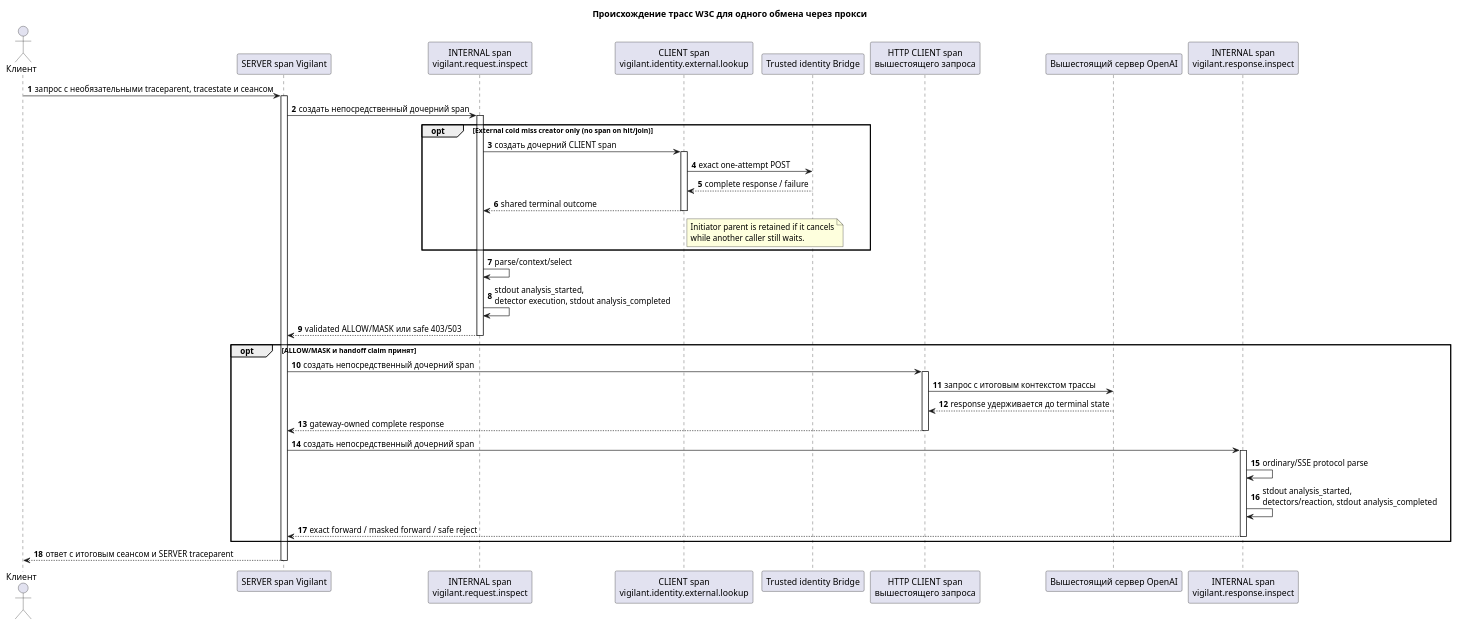
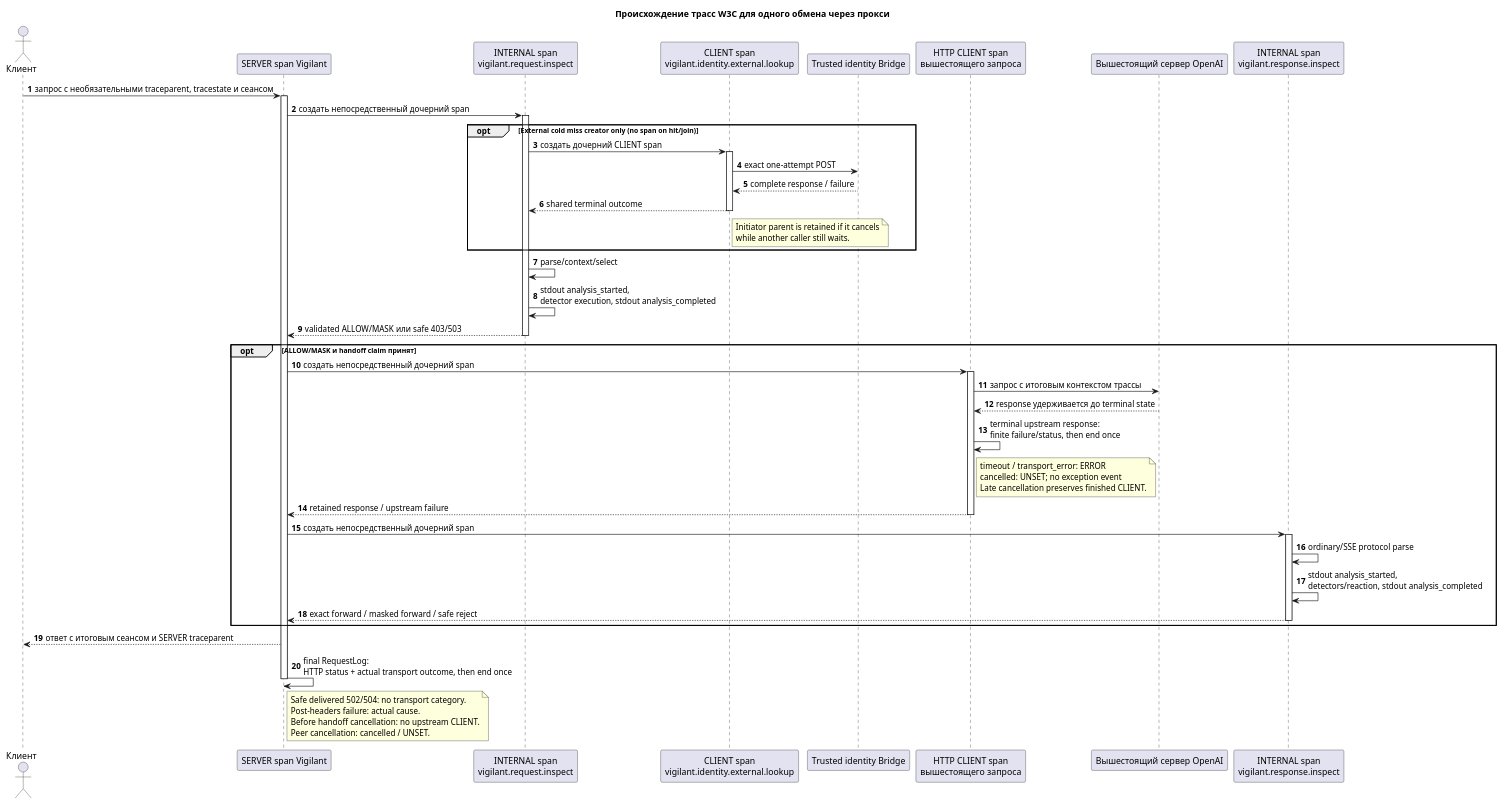
Before and after one commit to finnetrolle/vigilant: the diagram in docs/diagrams/tracing-sequence.puml, drawn with PlantUML. The commit also changed 25 other files, not shown here.

```diff
--- a/docs/diagrams/tracing-sequence.puml
+++ b/docs/diagrams/tracing-sequence.puml
@@ -1,50 +1,63 @@
 @startuml
 title Происхождение трасс W3C для одного обмена через прокси
 autonumber
 
 actor "Клиент" as Client
 participant "SERVER span Vigilant" as Server
 participant "INTERNAL span\nvigilant.request.inspect" as RequestInspect
 participant "CLIENT span\nvigilant.identity.external.lookup" as IdentityLookup
 participant "Trusted identity Bridge" as Bridge
 participant "HTTP CLIENT span\nвышестоящего запроса" as UpstreamSpan
 participant "Вышестоящий сервер OpenAI" as Upstream
 participant "INTERNAL span\nvigilant.response.inspect" as ResponseInspect
 
 Client -> Server : запрос с необязательными traceparent, tracestate и сеансом
 activate Server
 Server -> RequestInspect : создать непосредственный дочерний span
 activate RequestInspect
 opt External cold miss creator only (no span on hit/join)
   RequestInspect -> IdentityLookup : создать дочерний CLIENT span
   activate IdentityLookup
   IdentityLookup -> Bridge : exact one-attempt POST
   Bridge --> IdentityLookup : complete response / failure
   IdentityLookup --> RequestInspect : shared terminal outcome
   note right of IdentityLookup
     Initiator parent is retained if it cancels
     while another caller still waits.
   end note
   deactivate IdentityLookup
 end
 RequestInspect -> RequestInspect : parse/context/select
 RequestInspect -> RequestInspect : stdout analysis_started,\ndetector execution, stdout analysis_completed
 RequestInspect --> Server : validated ALLOW/MASK или safe 403/503
 deactivate RequestInspect
 opt ALLOW/MASK и handoff claim принят
 Server -> UpstreamSpan : создать непосредственный дочерний span
 activate UpstreamSpan
 UpstreamSpan -> Upstream : запрос с итоговым контекстом трассы
 Upstream --> UpstreamSpan : response удерживается до terminal state
-UpstreamSpan --> Server : gateway-owned complete response
+UpstreamSpan -> UpstreamSpan : terminal upstream response:\nfinite failure/status, then end once
+note right of UpstreamSpan
+  timeout / transport_error: ERROR
+  cancelled: UNSET; no exception event
+  Late cancellation preserves finished CLIENT.
+end note
+UpstreamSpan --> Server : retained response / upstream failure
 deactivate UpstreamSpan
 Server -> ResponseInspect : создать непосредственный дочерний span
 activate ResponseInspect
 ResponseInspect -> ResponseInspect : ordinary/SSE protocol parse
 ResponseInspect -> ResponseInspect : stdout analysis_started,\ndetectors/reaction, stdout analysis_completed
 ResponseInspect --> Server : exact forward / masked forward / safe reject
 deactivate ResponseInspect
 end
 Server --> Client : ответ с итоговым сеансом и SERVER traceparent
+Server -> Server : final RequestLog:\nHTTP status + actual transport outcome, then end once
+note right of Server
+  Safe delivered 502/504: no transport category.
+  Post-headers failure: actual cause.
+  Before handoff cancellation: no upstream CLIENT.
+  Peer cancellation: cancelled / UNSET.
+end note
 deactivate Server
 @enduml
```
